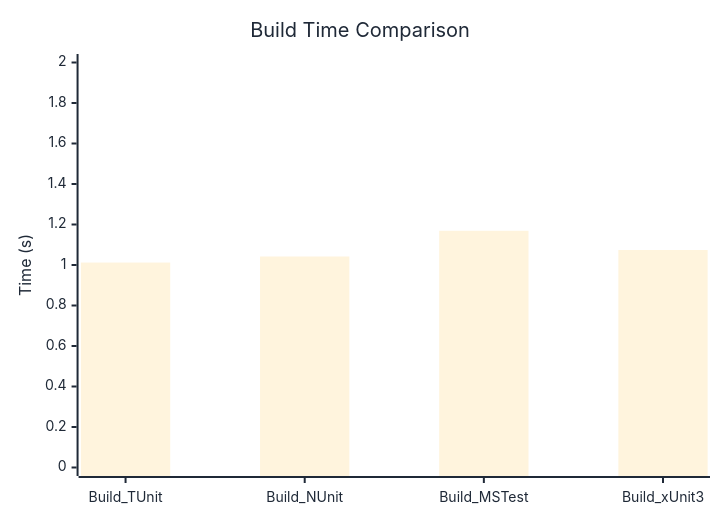
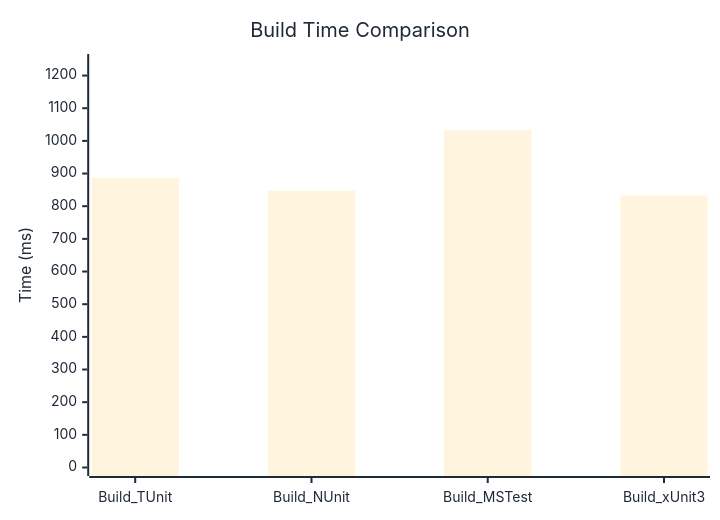
Before and after one commit to thomhurst/TUnit: the diagram in docs/docs/benchmarks/engine/BuildTime.md, drawn with Mermaid. The commit also changed other lines of this file and 17 other files, not shown here.

````diff
--- a/docs/docs/benchmarks/engine/BuildTime.md
+++ b/docs/docs/benchmarks/engine/BuildTime.md
@@ -30,37 +30,37 @@
 ```mermaid
 %%{init: {
   'theme':'base',
   'themeVariables': {
     'primaryColor': '#2563eb',
     'primaryTextColor': '#1f2937',
     'primaryBorderColor': '#1e40af',
     'lineColor': '#6b7280',
     'secondaryColor': '#7c3aed',
     'tertiaryColor': '#dc2626',
     'background': '#ffffff',
     'mainBkg': '#2563eb',
     'secondBkg': '#7c3aed',
     'tertiaryBkg': '#dc2626',
     'clusterBkg': '#f3f4f6',
     'edgeLabelBackground': '#ffffff',
     'tertiaryTextColor': '#1f2937',
     'pie1': '#2563eb',
     'pie2': '#7c3aed',
     'pie3': '#dc2626',
     'pie4': '#f59e0b',
     'pie5': '#10b981',
     'pie6': '#06b6d4',
     'pie7': '#ec4899',
     'pie8': '#6366f1',
     'pie9': '#84cc16',
     'pie10': '#f97316',
     'pie11': '#14b8a6',
     'pie12': '#a855f7'
   }
 }}%%
 xychart-beta
   title "Build Time Comparison"
   x-axis ["Build_TUnit", "Build_NUnit", "Build_MSTest", "Build_xUnit3"]
-  y-axis "Time (s)" 0 --> 2
-  bar [1.012, 1.042, 1.169, 1.074]
+  y-axis "Time (ms)" 0 --> 1240
+  bar [886.5, 847.1, 1032.6, 832.4]
 ```
````
